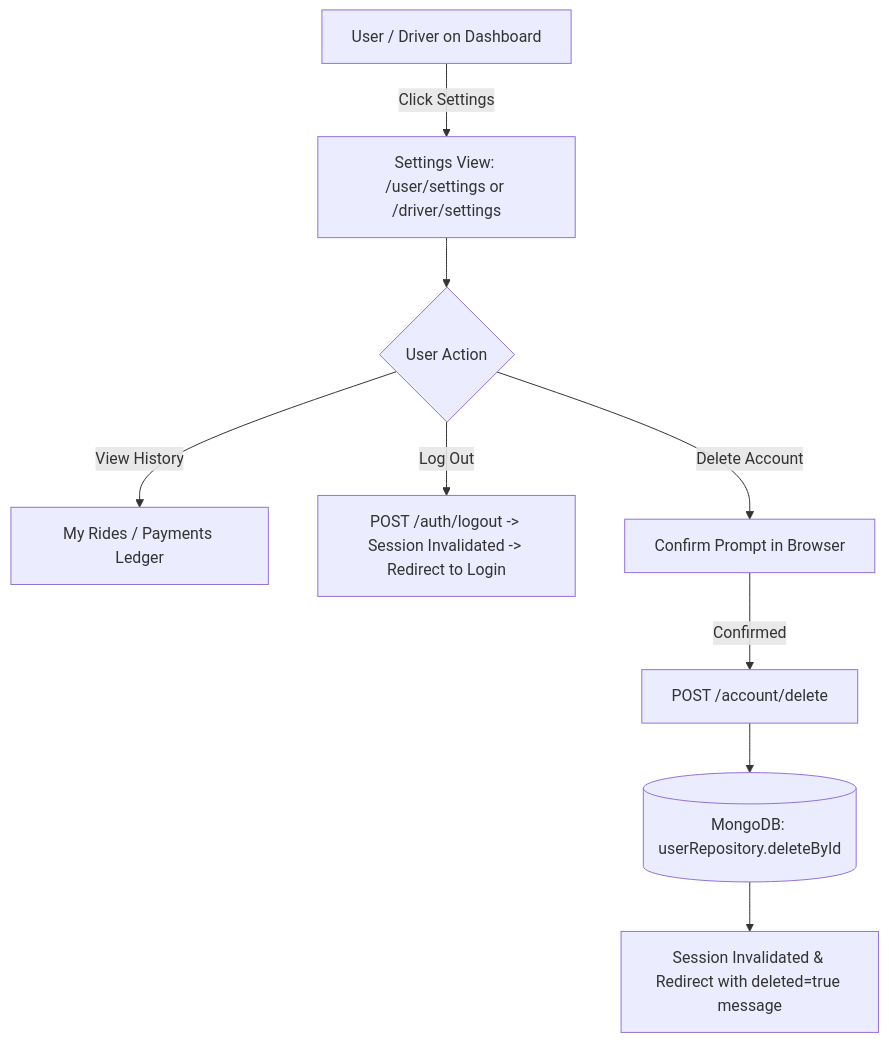
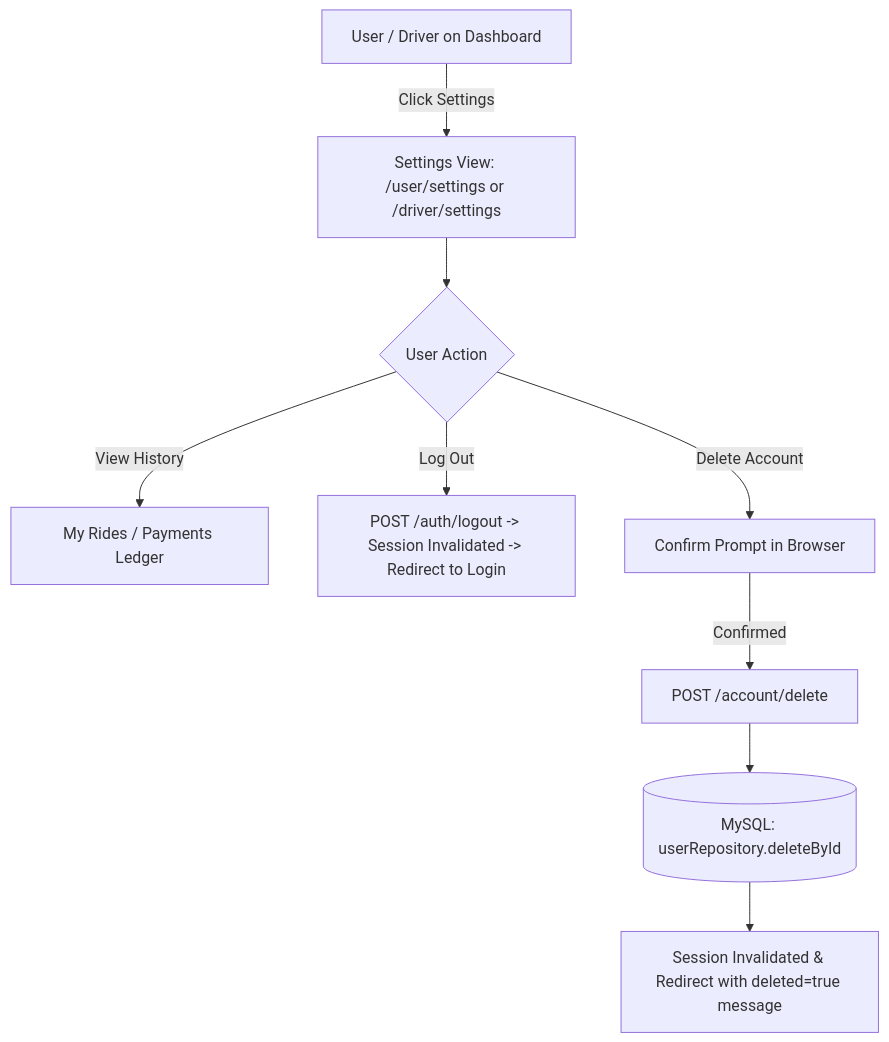
The second of 2 diagrams in docs/Appflow.md (asritha726/Online-Cab-Booking-system), drawn with Mermaid before and after one commit. The commit also changed other lines of this file and 5 other files, not shown here.

Commit message:
docs: synchronize all remaining architecture, rules, tech specs and flow docs to MySQL SQL database

````diff
--- a/docs/Appflow.md
+++ b/docs/Appflow.md
@@ -64,11 +64,11 @@
 ```mermaid
 flowchart TD
     A[User / Driver on Dashboard] -->|Click Settings| B[Settings View: /user/settings or /driver/settings]
     B --> C{User Action}
     C -->|View History| D[My Rides / Payments Ledger]
     C -->|Log Out| E[POST /auth/logout -> Session Invalidated -> Redirect to Login]
     C -->|Delete Account| F[Confirm Prompt in Browser]
     F -->|Confirmed| G[POST /account/delete]
-    G --> H[(MongoDB: userRepository.deleteById)]
+    G --> H[(MySQL: userRepository.deleteById)]
     H --> I[Session Invalidated & Redirect with deleted=true message]
 ```
````
